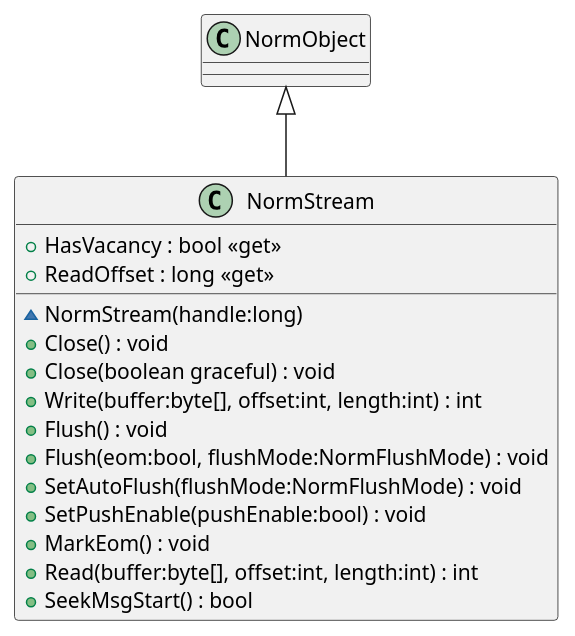
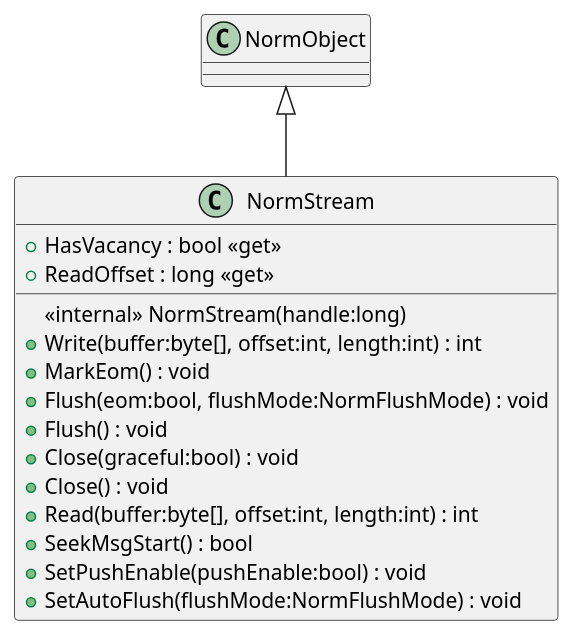
The diagram in src/dotnet/design/Mil/Navy/Nrl/Norm/NormStream.puml (USNavalResearchLaboratory/norm), drawn with PlantUML before and after one commit. The commit also changed 34 other files, not shown here.

```diff
--- a/src/dotnet/design/Mil/Navy/Nrl/Norm/NormStream.puml
+++ b/src/dotnet/design/Mil/Navy/Nrl/Norm/NormStream.puml
@@ -1,18 +1,18 @@
 @startuml
 class NormStream {
-    ~ NormStream(handle:long)
+    + HasVacancy : bool <<get>>
+    + ReadOffset : long <<get>>
+    <<internal>> NormStream(handle:long)
+    + Write(buffer:byte[], offset:int, length:int) : int
+    + MarkEom() : void
+    + Flush(eom:bool, flushMode:NormFlushMode) : void
+    + Flush() : void
+    + Close(graceful:bool) : void
     + Close() : void
-    + Close(boolean graceful) : void
-    + Write(buffer:byte[], offset:int, length:int) : int
-    + Flush() : void
-    + Flush(eom:bool, flushMode:NormFlushMode) : void
-    + SetAutoFlush(flushMode:NormFlushMode) : void
-    + SetPushEnable(pushEnable:bool) : void
-    + HasVacancy : bool <<get>>
-    + MarkEom() : void
     + Read(buffer:byte[], offset:int, length:int) : int
     + SeekMsgStart() : bool
-    + ReadOffset : long <<get>>
+    + SetPushEnable(pushEnable:bool) : void
+    + SetAutoFlush(flushMode:NormFlushMode) : void
 }
 NormObject <|-- NormStream
 @enduml
```
